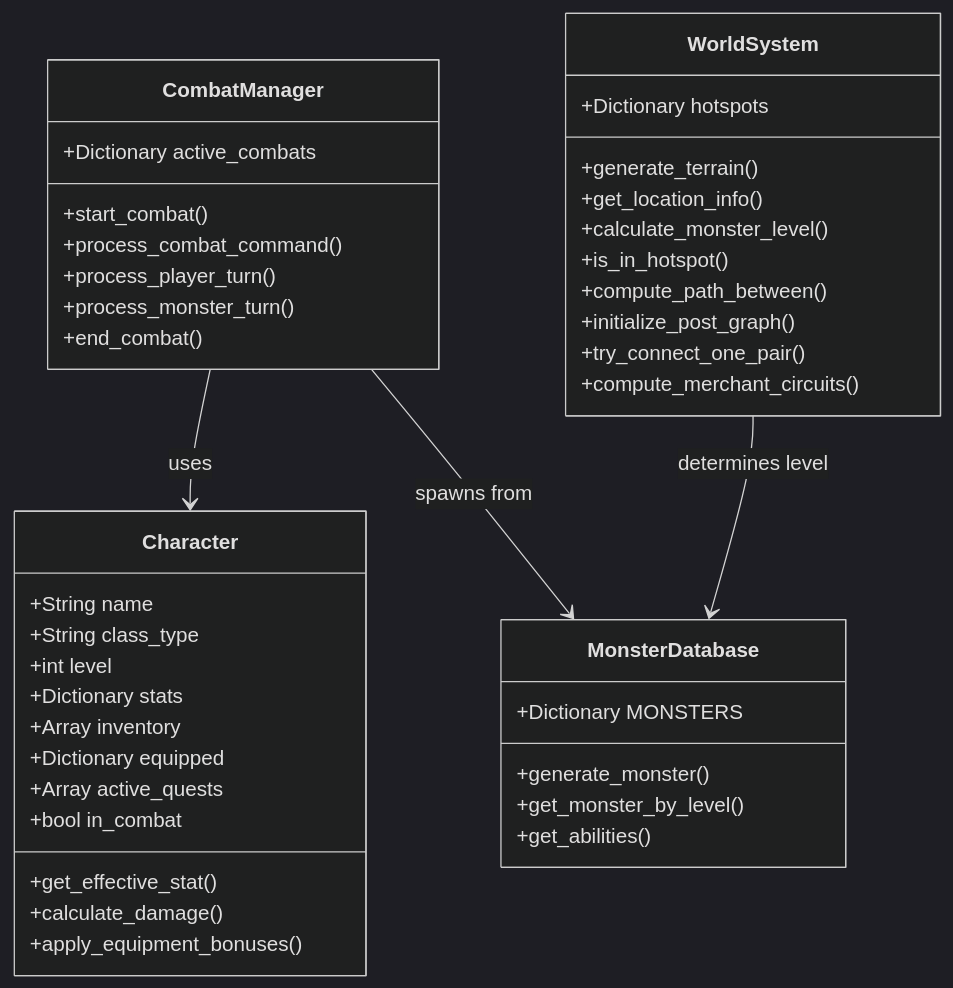
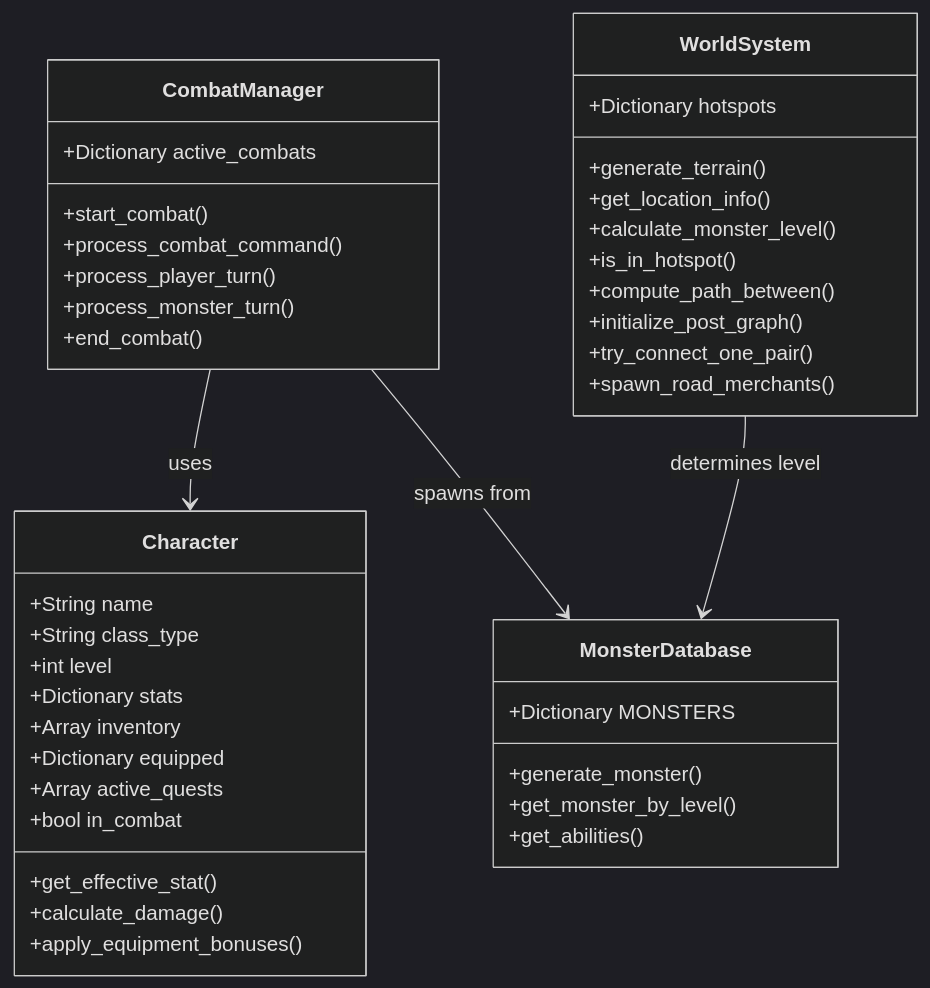
Before and after one commit to Dextobust33/Phantom-Badlands: the third of 3 diagrams in docs/architecture.md, drawn with Mermaid (dark theme). The commit also changed other lines of this file and 9 other files, not shown here.

````diff
--- a/docs/architecture.md
+++ b/docs/architecture.md
@@ -109,48 +109,48 @@
 ```mermaid
 classDiagram
     class Character {
         +String name
         +String class_type
         +int level
         +Dictionary stats
         +Array inventory
         +Dictionary equipped
         +Array active_quests
         +bool in_combat
         +get_effective_stat()
         +calculate_damage()
         +apply_equipment_bonuses()
     }
 
     class CombatManager {
         +Dictionary active_combats
         +start_combat()
         +process_combat_command()
         +process_player_turn()
         +process_monster_turn()
         +end_combat()
     }
 
     class WorldSystem {
         +Dictionary hotspots
         +generate_terrain()
         +get_location_info()
         +calculate_monster_level()
         +is_in_hotspot()
         +compute_path_between()
         +initialize_post_graph()
         +try_connect_one_pair()
-        +compute_merchant_circuits()
+        +spawn_road_merchants()
     }
 
     class MonsterDatabase {
         +Dictionary MONSTERS
         +generate_monster()
         +get_monster_by_level()
         +get_abilities()
     }
 
     CombatManager --> Character : uses
     CombatManager --> MonsterDatabase : spawns from
     WorldSystem --> MonsterDatabase : determines level
 ```
````
